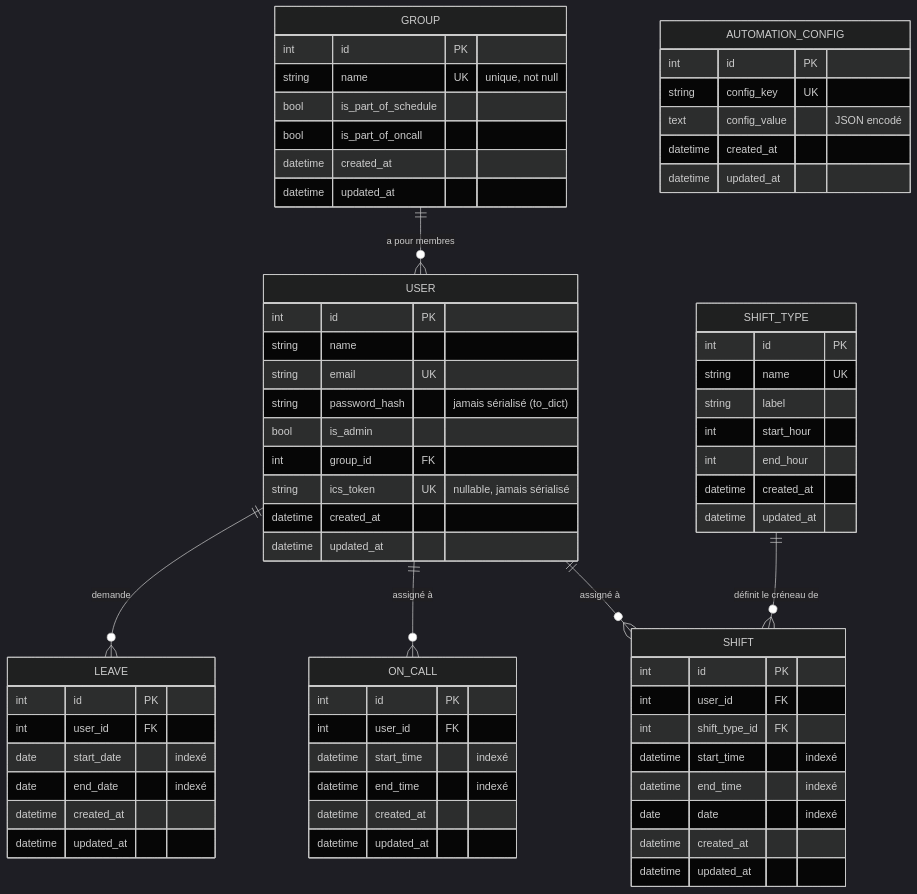
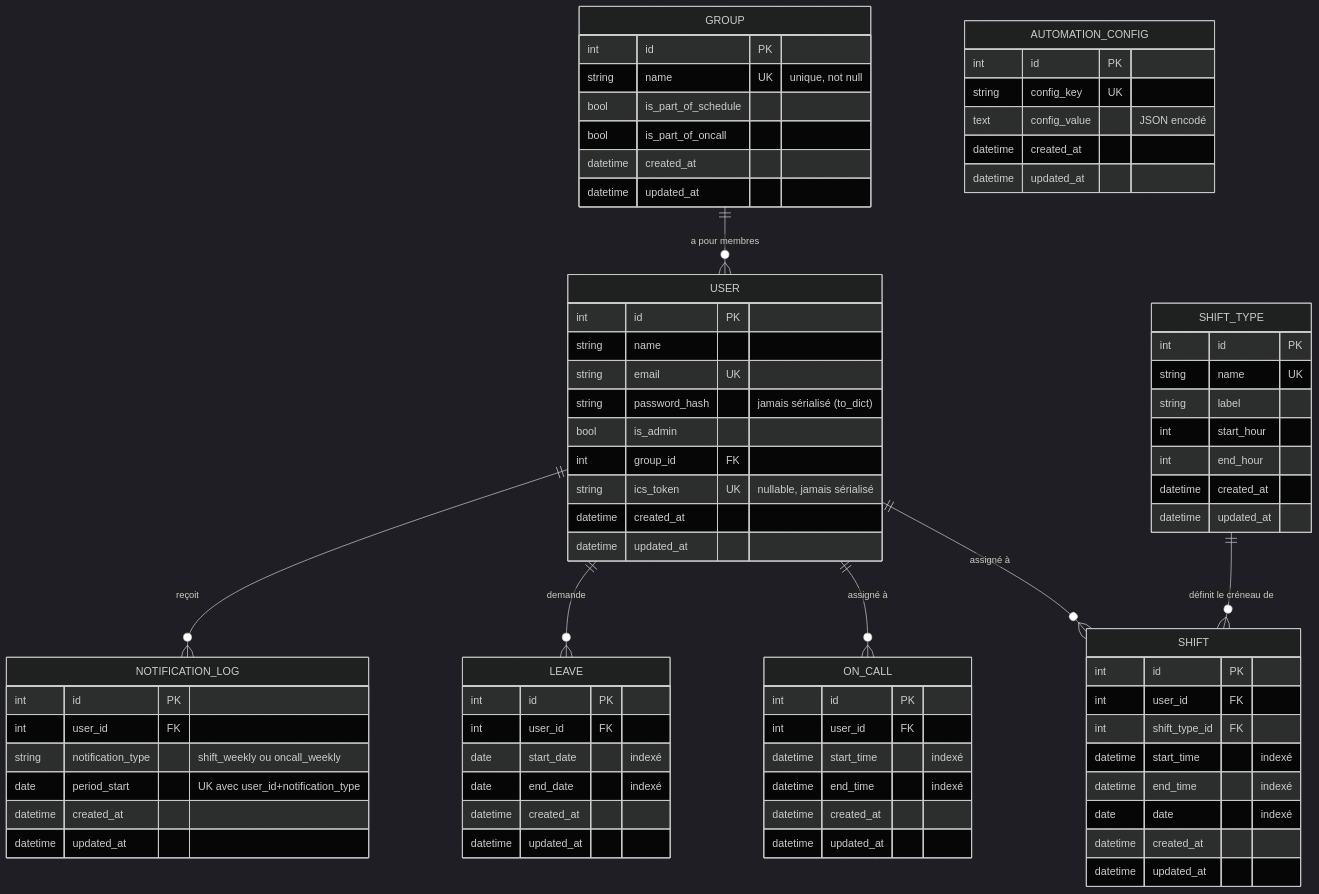
One commit to FoxOps/kairos changed the diagram in Docs/architecture/ERD.md. Above: the diagram before and after it, drawn with Mermaid (dark theme). The commit also changed other lines of this file and 7 other files, not shown here.

````diff
--- a/Docs/architecture/ERD.md
+++ b/Docs/architecture/ERD.md
@@ -10,6 +10,7 @@
     USER ||--o{ SHIFT : "assigné à"
     USER ||--o{ ON_CALL : "assigné à"
     USER ||--o{ LEAVE : "demande"
+    USER ||--o{ NOTIFICATION_LOG : "reçoit"
     SHIFT_TYPE ||--o{ SHIFT : "définit le créneau de"
 
     GROUP {
@@ -79,4 +80,13 @@
         datetime created_at
         datetime updated_at
     }
+
+    NOTIFICATION_LOG {
+        int id PK
+        int user_id FK
+        string notification_type "shift_weekly ou oncall_weekly"
+        date period_start "UK avec user_id+notification_type"
+        datetime created_at
+        datetime updated_at
+    }
 ```
````
